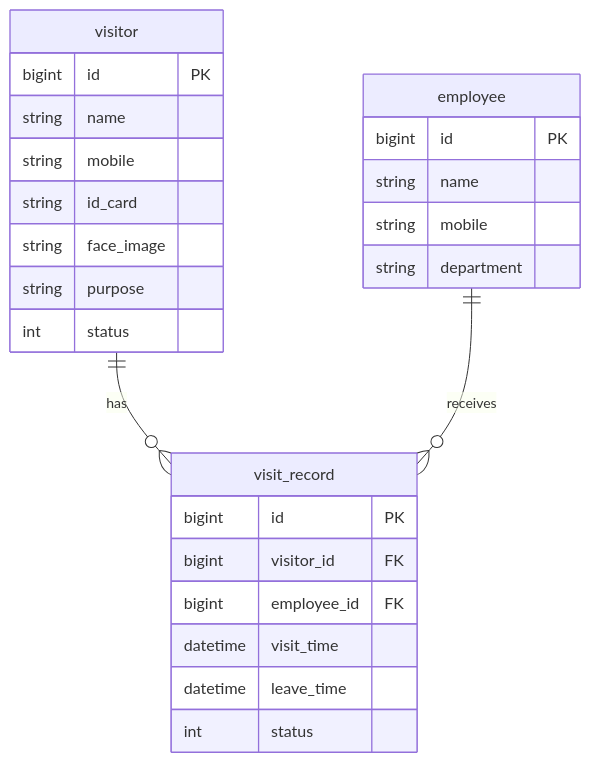
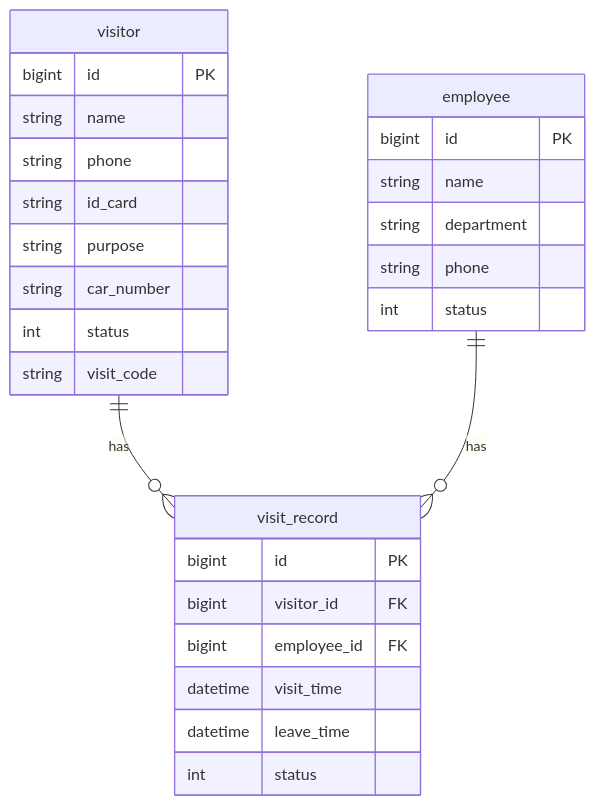
One commit to yuhaibao39/n8ndeploy changed the first of 2 diagrams in devel/outlinedesign.md. Above: the diagram before and after it, drawn with Mermaid. The commit also changed other lines of this file, not shown here.

````diff
--- a/devel/outlinedesign.md
+++ b/devel/outlinedesign.md
@@ -50,31 +52,33 @@
 ```mermaid
 erDiagram
     visitor ||--o{ visit_record : has
-    employee ||--o{ visit_record : receives
+    employee ||--o{ visit_record : has
     
     visitor {
         bigint id PK
         string name
-        string mobile
+        string phone
         string id_card
-        string face_image
         string purpose
+        string car_number
         int status
+        string visit_code
     }
     
     employee {
         bigint id PK
         string name
-        string mobile
         string department
+        string phone
+        int status
     }
     
     visit_record {
         bigint id PK
         bigint visitor_id FK
         bigint employee_id FK
         datetime visit_time
         datetime leave_time
         int status
     }
 ```
````
